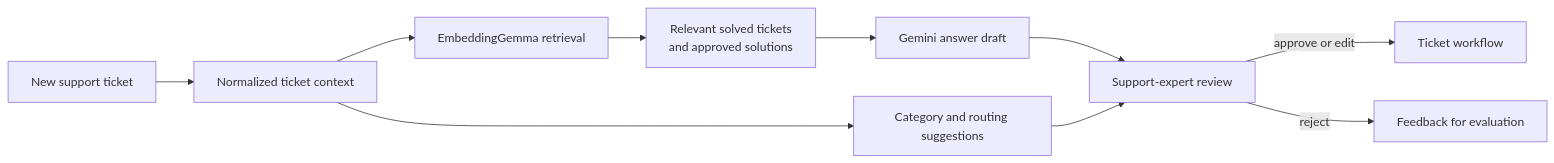
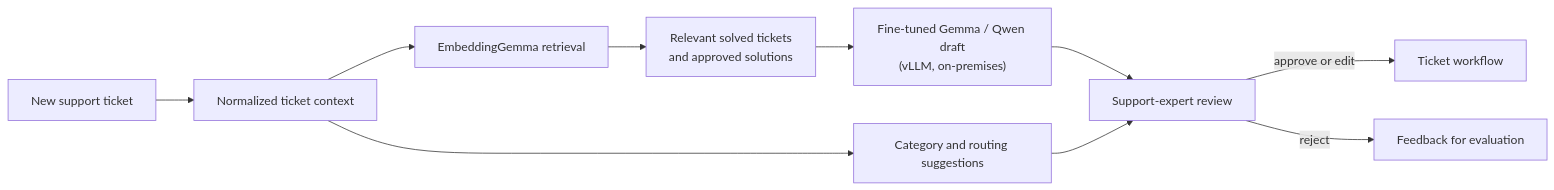
The diagram in diagrams/mdsai.mmd (hhyurdagul/hhyurdagul.com), drawn with Mermaid before and after one commit. The commit also changed 5 other files, not shown here.

Commit message:
MdsAI: on-prem fine-tuned Gemma/Qwen on vLLM, decision-model routing, 84 municipalities; refresh CV

```diff
--- a/diagrams/mdsai.mmd
+++ b/diagrams/mdsai.mmd
@@ -1,10 +1,10 @@
 flowchart LR
     A["New support ticket"] --> B["Normalized ticket context"]
     B --> C["EmbeddingGemma retrieval"]
     C --> D["Relevant solved tickets<br/>and approved solutions"]
-    D --> E["Gemini answer draft"]
+    D --> E["Fine-tuned Gemma / Qwen draft<br/>(vLLM, on-premises)"]
     B --> F["Category and routing suggestions"]
     E --> G["Support-expert review"]
     F --> G
     G -->|"approve or edit"| H["Ticket workflow"]
     G -->|"reject"| I["Feedback for evaluation"]
```
